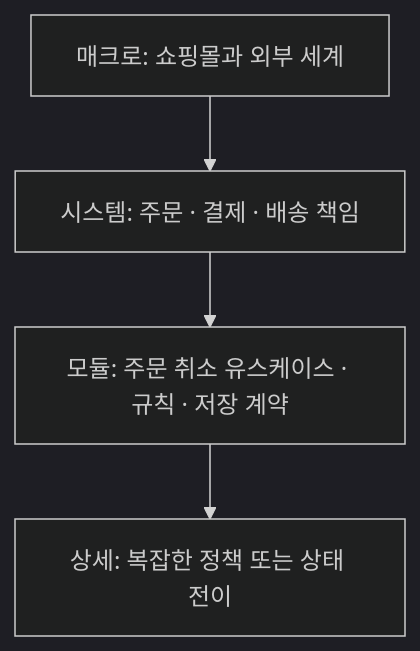
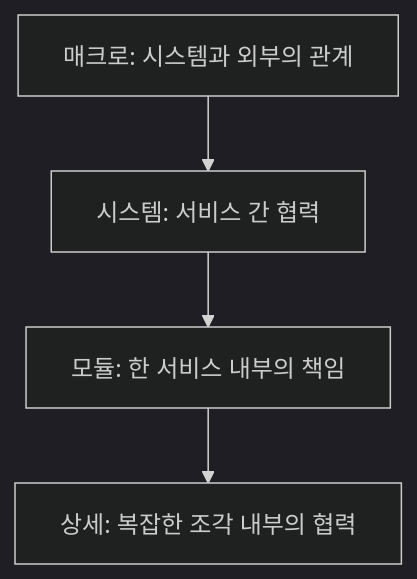
The diagram in guides/method-R.md (ryujt/project-guides), drawn with Mermaid (dark theme) before and after one commit. The commit also changed other lines of this file and 2 other files, not shown here.

````diff
--- a/guides/method-R.md
+++ b/guides/method-R.md
@@ -16,10 +13,10 @@
 ```mermaid
 flowchart TB
-    L1["매크로: 쇼핑몰과 외부 세계"]
-    L2["시스템: 주문 · 결제 · 배송 책임"]
-    L3["모듈: 주문 취소 유스케이스 · 규칙 · 저장 계약"]
-    L4["상세: 복잡한 정책 또는 상태 전이"]
-    L1 --> L2
-    L2 --> L3
-    L3 --> L4
+    Macro["매크로: 시스템과 외부의 관계"]
+    System["시스템: 서비스 간 협력"]
+    Module["모듈: 한 서비스 내부의 책임"]
+    Detail["상세: 복잡한 조각 내부의 협력"]
+    Macro --> System
+    System --> Module
+    Module --> Detail
 ```
````
